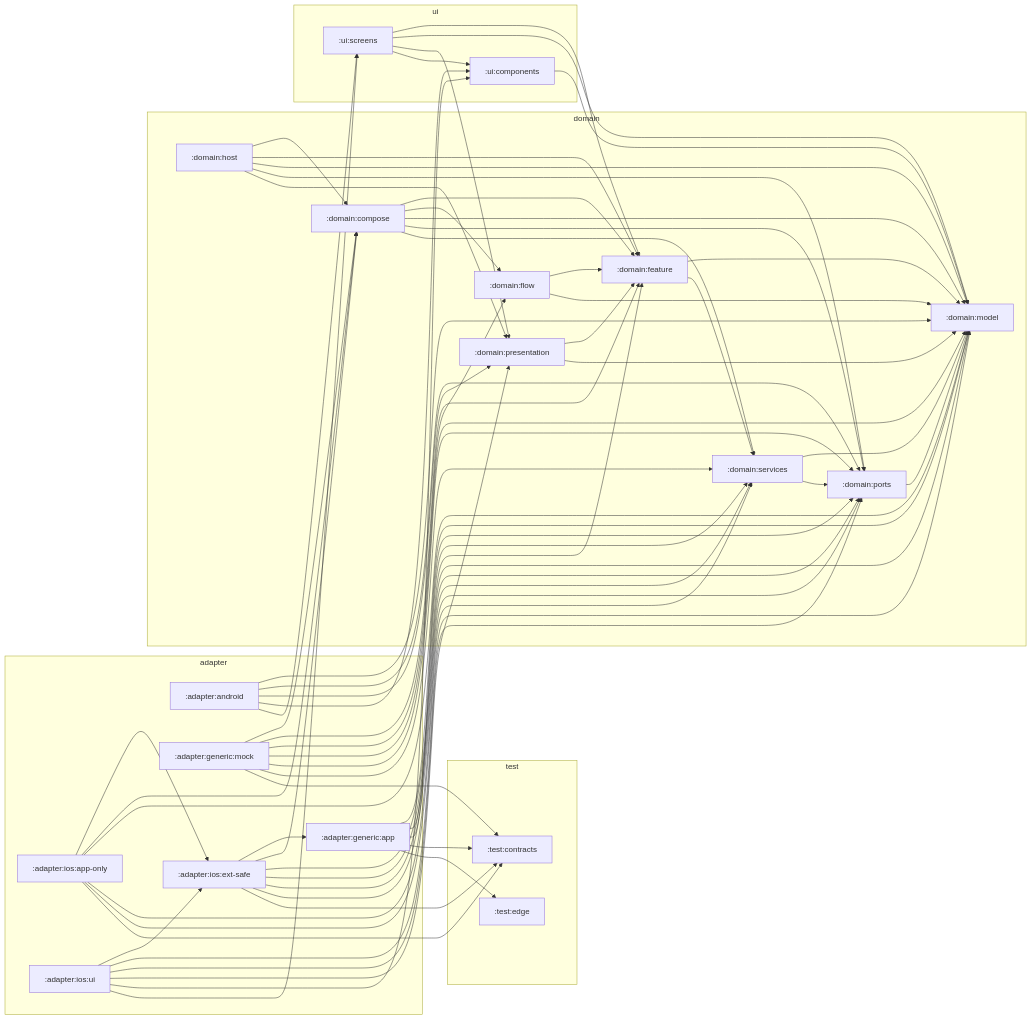
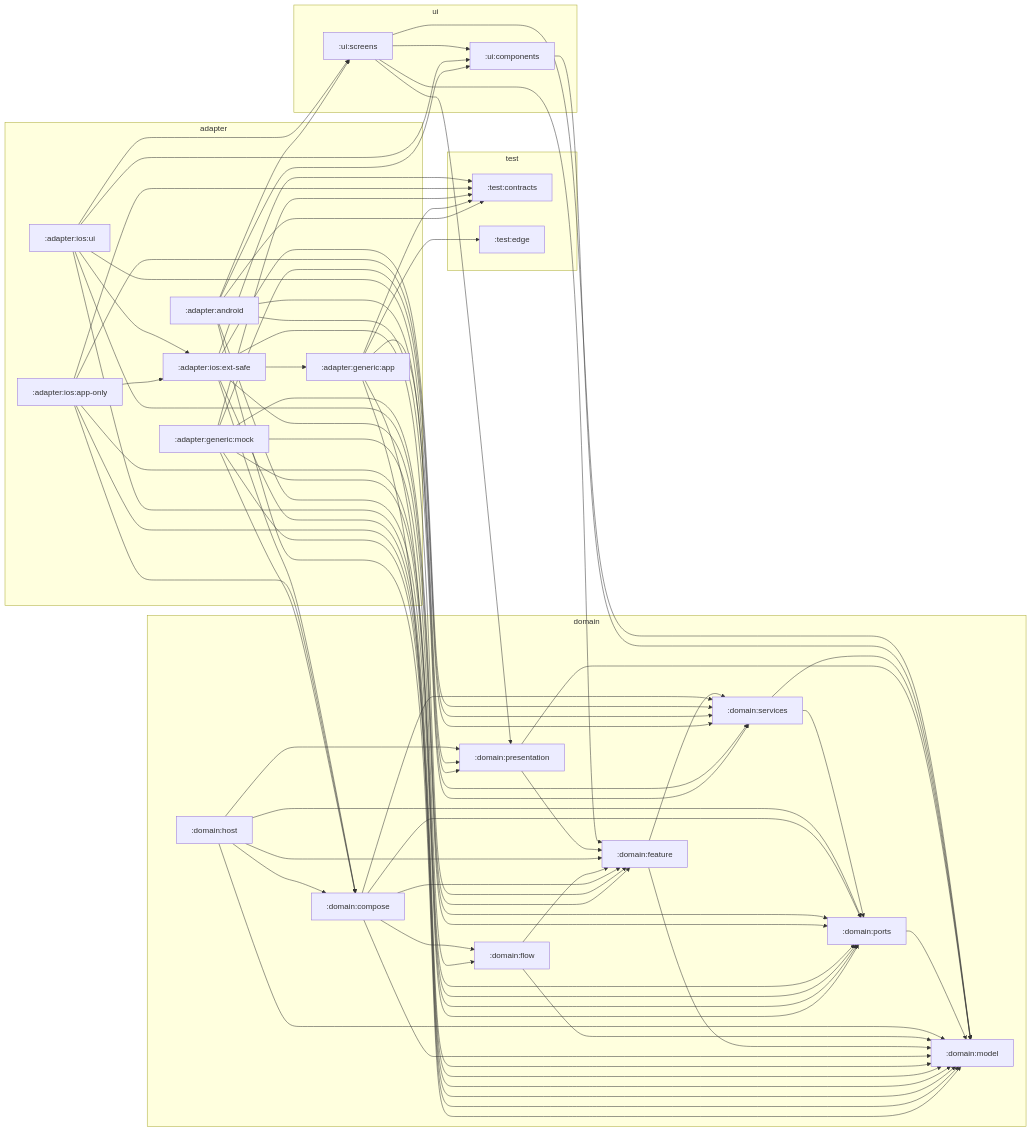
One commit to stefanhoelzl/SnapSync changed the diagram in architecture/zones.md. Above: the diagram before and after it, drawn with Mermaid. The commit also changed 40 other files, not shown here.

```diff
--- a/architecture/zones.md
+++ b/architecture/zones.md
@@ -36,6 +36,8 @@
   adapter_android --> domain_model
   adapter_android --> domain_ports
   adapter_android --> domain_presentation
+  adapter_android --> domain_services
+  adapter_android --> test_contracts
   adapter_android --> ui_components
   adapter_android --> ui_screens
   adapter_generic_app --> domain_model
```
